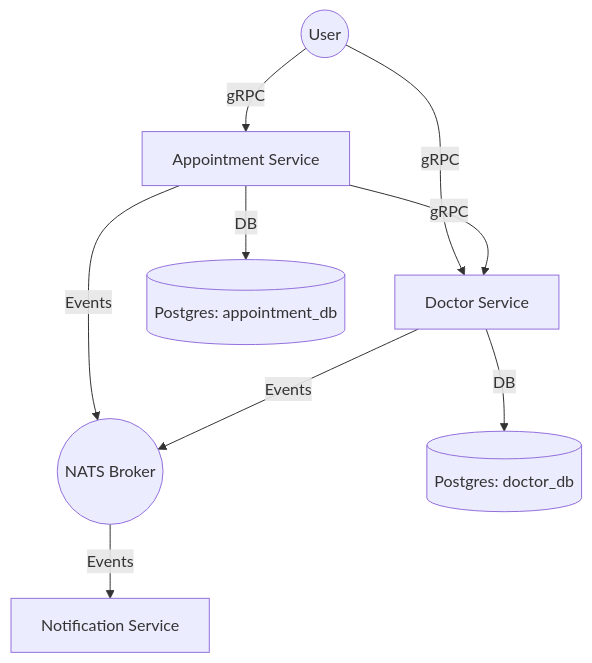
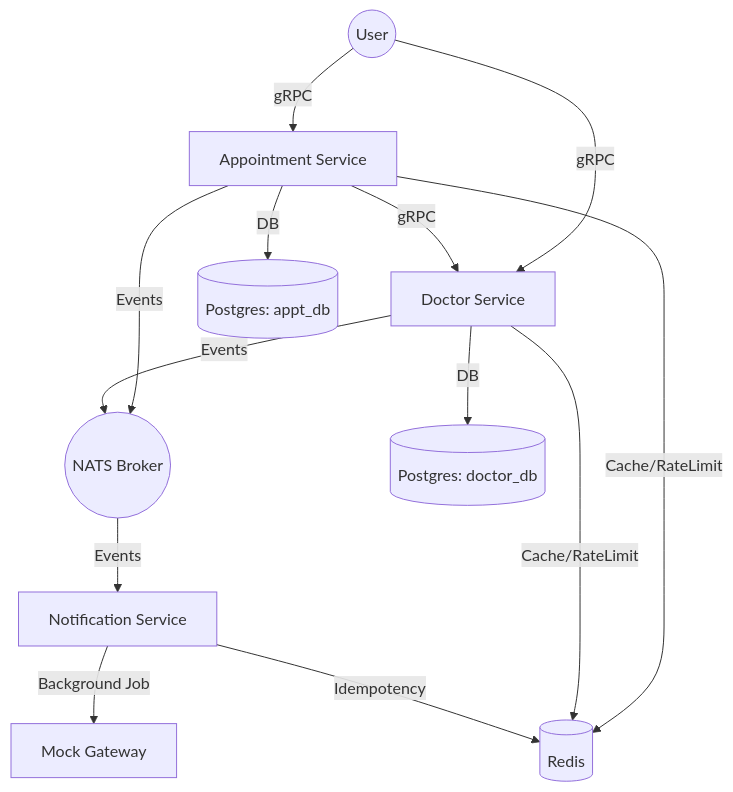
One commit to mathalama/go-microservice changed the diagram in architecture.mmd. Above: the diagram before and after it, drawn with Mermaid. The commit also changed 29 other files, not shown here.

```diff
--- a/architecture.mmd
+++ b/architecture.mmd
@@ -1,10 +1,14 @@
 graph TD
     User((User))
     User -- gRPC --> AS[Appointment Service]
     User -- gRPC --> DS[Doctor Service]
     AS -- gRPC --> DS
     AS -- Events --> NATS((NATS Broker))
     DS -- Events --> NATS
     NATS -- Events --> NS[Notification Service]
-    AS -- DB --> DBA[(Postgres: appointment_db)]
+    AS -- Cache/RateLimit --> Redis[(Redis)]
+    DS -- Cache/RateLimit --> Redis
+    NS -- Idempotency --> Redis
+    NS -- Background Job --> MG[Mock Gateway]
+    AS -- DB --> DBA[(Postgres: appt_db)]
     DS -- DB --> DBD[(Postgres: doctor_db)]
```
